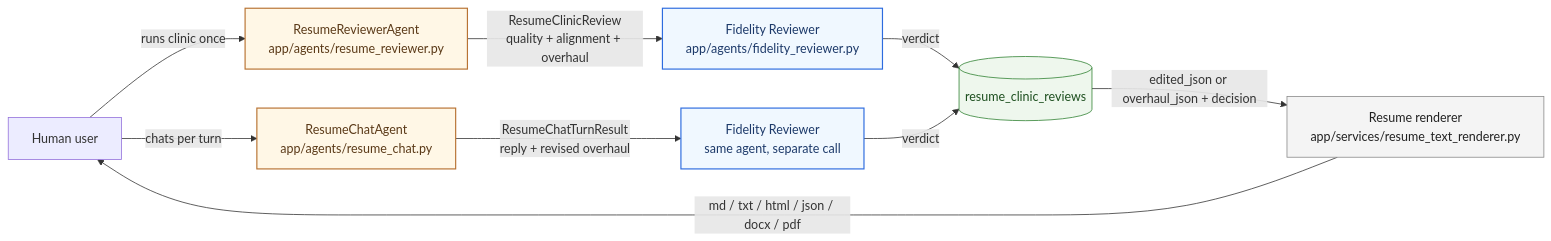
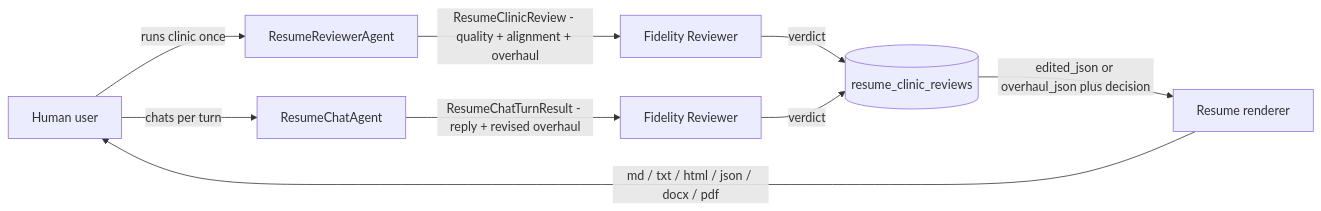
Before and after one commit to suthrams/jobsearchagent-v2: the first of 6 diagrams in docs/architecture/resume_clinic_chat_visualization.md, drawn with Mermaid. The commit also changed other lines of this file, not shown here.

````diff
--- a/docs/architecture/resume_clinic_chat_visualization.md
+++ b/docs/architecture/resume_clinic_chat_visualization.md
@@ -10,24 +10,14 @@
 ```mermaid
 flowchart LR
-    classDef agent fill:#fff7e6,stroke:#b87333,color:#5b3a18,stroke-width:1.5px
-    classDef guard fill:#f0f8ff,stroke:#2d6cdf,color:#1d3a6a,stroke-width:1.5px
-    classDef svc   fill:#f4f4f4,stroke:#888,color:#222
-    classDef store fill:#eef7ed,stroke:#2f8132,color:#1d4f1f
+    user[Human user] -->|runs clinic once| RR[ResumeReviewerAgent]
+    user -->|chats per turn| RC[ResumeChatAgent]
 
-    user[Human user] -->|runs clinic once| RR[ResumeReviewerAgent<br>app/agents/resume_reviewer.py]
-    user -->|chats per turn| RC[ResumeChatAgent<br>app/agents/resume_chat.py]
-
-    RR -->|ResumeClinicReview<br>quality + alignment + overhaul| FID1[Fidelity Reviewer<br>app/agents/fidelity_reviewer.py]
-    RC -->|ResumeChatTurnResult<br>reply + revised overhaul| FID2[Fidelity Reviewer<br>same agent, separate call]
+    RR -->|ResumeClinicReview - quality + alignment + overhaul| FID1[Fidelity Reviewer]
+    RC -->|ResumeChatTurnResult - reply + revised overhaul| FID2[Fidelity Reviewer]
 
     FID1 -->|verdict| DB[(resume_clinic_reviews)]
     FID2 -->|verdict| DB
 
-    DB -->|edited_json or overhaul_json + decision| RENDER[Resume renderer<br>app/services/resume_text_renderer.py]
+    DB -->|edited_json or overhaul_json plus decision| RENDER[Resume renderer]
     RENDER -->|md / txt / html / json / docx / pdf| user
-
-    class RR,RC agent
-    class FID1,FID2 guard
-    class RENDER svc
-    class DB store
 ```
````
